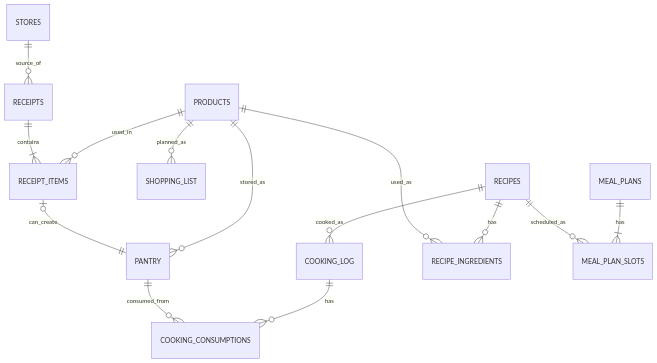
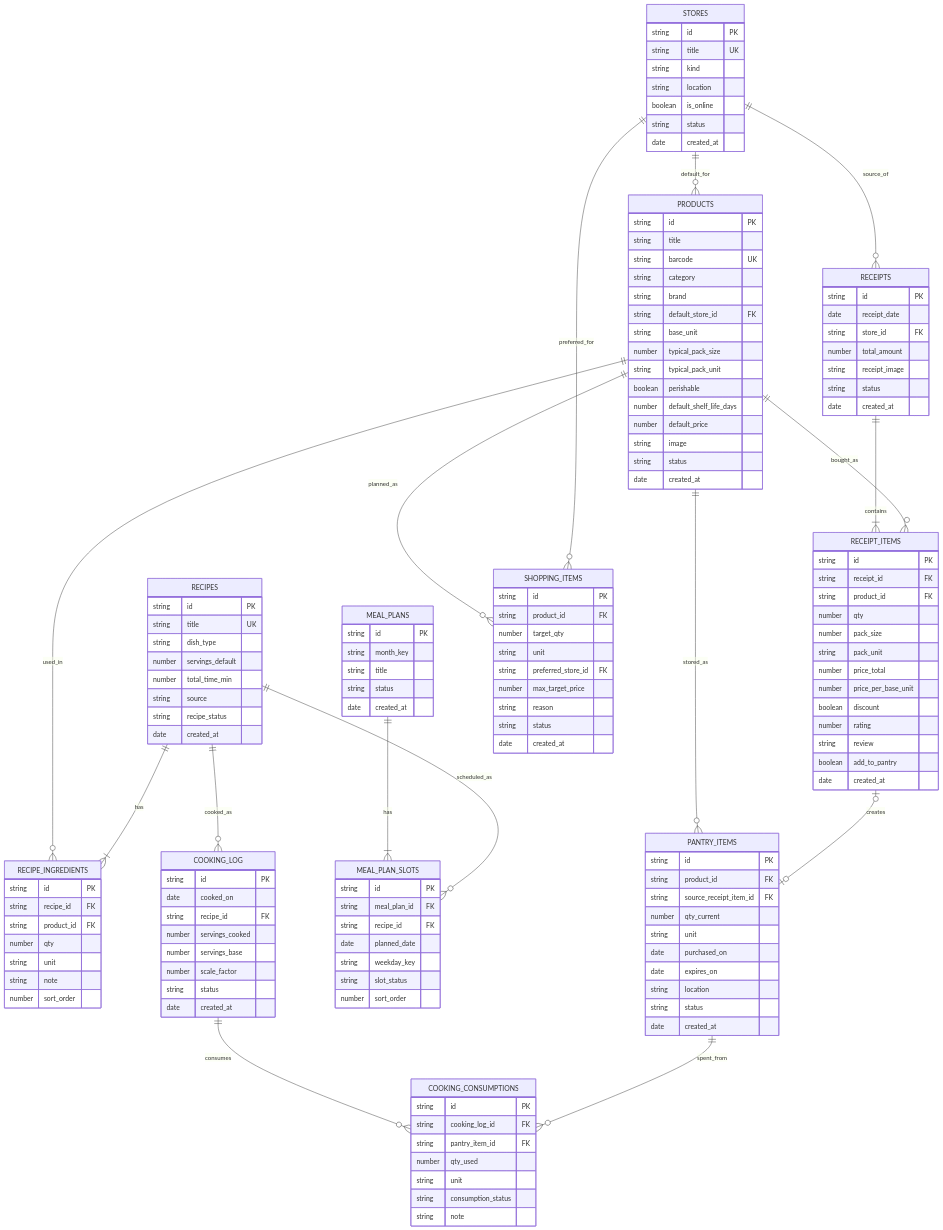
Before and after one commit to smeryse/Knowledge-Base: the diagram in Projects/Еда/Docs/Schema.md, drawn with Mermaid. The commit also changed other lines of this file and 2 other files, not shown here.

````diff
--- a/Projects/Еда/Docs/Schema.md
+++ b/Projects/Еда/Docs/Schema.md
@@ -95,16 +54,157 @@
 ```mermaid
 erDiagram
-    PRODUCTS ||--o{ RECEIPT_ITEMS : used_in
+    PRODUCTS {
+        string id PK
+        string title
+        string barcode UK
+        string category
+        string brand
+        string default_store_id FK
+        string base_unit
+        number typical_pack_size
+        string typical_pack_unit
+        boolean perishable
+        number default_shelf_life_days
+        number default_price
+        string image
+        string status
+        date created_at
+    }
+
+    STORES {
+        string id PK
+        string title UK
+        string kind
+        string location
+        boolean is_online
+        string status
+        date created_at
+    }
+
+    RECIPES {
+        string id PK
+        string title UK
+        string dish_type
+        number servings_default
+        number total_time_min
+        string source
+        string recipe_status
+        date created_at
+    }
+
+    RECIPE_INGREDIENTS {
+        string id PK
+        string recipe_id FK
+        string product_id FK
+        number qty
+        string unit
+        string note
+        number sort_order
+    }
+
+    RECEIPTS {
+        string id PK
+        date receipt_date
+        string store_id FK
+        number total_amount
+        string receipt_image
+        string status
+        date created_at
+    }
+
+    RECEIPT_ITEMS {
+        string id PK
+        string receipt_id FK
+        string product_id FK
+        number qty
+        number pack_size
+        string pack_unit
+        number price_total
+        number price_per_base_unit
+        boolean discount
+        number rating
+        string review
+        boolean add_to_pantry
+        date created_at
+    }
+
+    PANTRY_ITEMS {
+        string id PK
+        string product_id FK
+        string source_receipt_item_id FK
+        number qty_current
+        string unit
+        date purchased_on
+        date expires_on
+        string location
+        string status
+        date created_at
+    }
+
+    MEAL_PLANS {
+        string id PK
+        string month_key
+        string title
+        string status
+        date created_at
+    }
+
+    MEAL_PLAN_SLOTS {
+        string id PK
+        string meal_plan_id FK
+        string recipe_id FK
+        date planned_date
+        string weekday_key
+        string slot_status
+        number sort_order
+    }
+
+    COOKING_LOG {
+        string id PK
+        date cooked_on
+        string recipe_id FK
+        number servings_cooked
+        number servings_base
+        number scale_factor
+        string status
+        date created_at
+    }
+
+    COOKING_CONSUMPTIONS {
+        string id PK
+        string cooking_log_id FK
+        string pantry_item_id FK
+        number qty_used
+        string unit
+        string consumption_status
+        string note
+    }
+
+    SHOPPING_ITEMS {
+        string id PK
+        string product_id FK
+        number target_qty
+        string unit
+        string preferred_store_id FK
+        number max_target_price
+        string reason
+        string status
+        date created_at
+    }
+
+    STORES ||--o{ PRODUCTS : default_for
     STORES ||--o{ RECEIPTS : source_of
+    PRODUCTS ||--o{ RECIPE_INGREDIENTS : used_in
+    RECIPES ||--|{ RECIPE_INGREDIENTS : has
     RECEIPTS ||--|{ RECEIPT_ITEMS : contains
-    PRODUCTS ||--o{ PANTRY : stored_as
-    PRODUCTS ||--o{ SHOPPING_LIST : planned_as
-    RECEIPT_ITEMS o|--|| PANTRY : can_create
-    RECIPES ||--o{ COOKING_LOG : cooked_as
-    COOKING_LOG ||--o{ COOKING_CONSUMPTIONS : has
-    PANTRY ||--o{ COOKING_CONSUMPTIONS : consumed_from
-    RECIPES ||--o{ RECIPE_INGREDIENTS : has
-    PRODUCTS ||--o{ RECIPE_INGREDIENTS : used_as
+    PRODUCTS ||--o{ RECEIPT_ITEMS : bought_as
+    PRODUCTS ||--o{ PANTRY_ITEMS : stored_as
+    RECEIPT_ITEMS o|--o| PANTRY_ITEMS : creates
     MEAL_PLANS ||--|{ MEAL_PLAN_SLOTS : has
     RECIPES ||--o{ MEAL_PLAN_SLOTS : scheduled_as
+    RECIPES ||--o{ COOKING_LOG : cooked_as
+    COOKING_LOG ||--o{ COOKING_CONSUMPTIONS : consumes
+    PANTRY_ITEMS ||--o{ COOKING_CONSUMPTIONS : spent_from
+    PRODUCTS ||--o{ SHOPPING_ITEMS : planned_as
+    STORES ||--o{ SHOPPING_ITEMS : preferred_for
 ```
````
